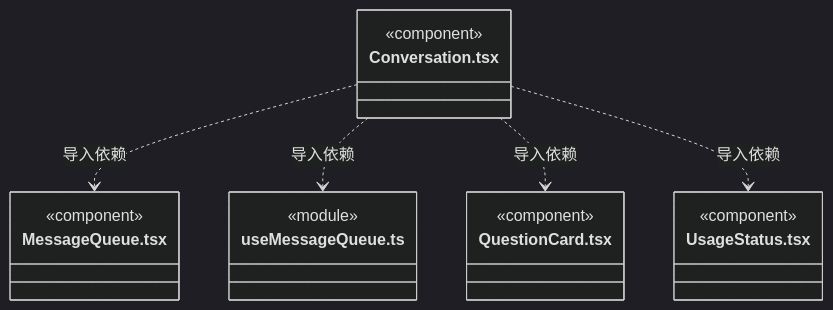
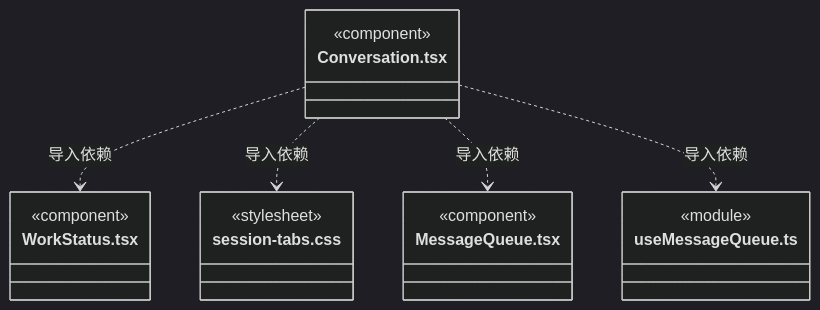
Diagram 40 of 47 in src/frontend/conversation/ARCHITECTURE.md (nan023062/cbim), drawn with Mermaid (dark theme) before and after one commit. The commit also changed other lines of this file and 68 other files, not shown here.

````diff
--- a/src/frontend/conversation/ARCHITECTURE.md
+++ b/src/frontend/conversation/ARCHITECTURE.md
@@ -507,22 +599,22 @@
 ```mermaid
 classDiagram
 class N_src_frontend_conversation_Conversation_tsx["Conversation.tsx"] {
   <<component>>
+}
+class N_src_frontend_conversation_WorkStatus_tsx["WorkStatus.tsx"] {
+  <<component>>
+}
+class N_src_frontend_conversation_session_tabs_css["session-tabs.css"] {
+  <<stylesheet>>
 }
 class N_src_frontend_conversation_MessageQueue_tsx["MessageQueue.tsx"] {
   <<component>>
 }
 class N_src_frontend_conversation_useMessageQueue_ts["useMessageQueue.ts"] {
   <<module>>
 }
-class N_src_frontend_conversation_QuestionCard_tsx["QuestionCard.tsx"] {
-  <<component>>
-}
-class N_src_frontend_conversation_UsageStatus_tsx["UsageStatus.tsx"] {
-  <<component>>
-}
+N_src_frontend_conversation_Conversation_tsx ..> N_src_frontend_conversation_WorkStatus_tsx : 导入依赖
+N_src_frontend_conversation_Conversation_tsx ..> N_src_frontend_conversation_session_tabs_css : 导入依赖
 N_src_frontend_conversation_Conversation_tsx ..> N_src_frontend_conversation_MessageQueue_tsx : 导入依赖
 N_src_frontend_conversation_Conversation_tsx ..> N_src_frontend_conversation_useMessageQueue_ts : 导入依赖
-N_src_frontend_conversation_Conversation_tsx ..> N_src_frontend_conversation_QuestionCard_tsx : 导入依赖
-N_src_frontend_conversation_Conversation_tsx ..> N_src_frontend_conversation_UsageStatus_tsx : 导入依赖
 ```
````
